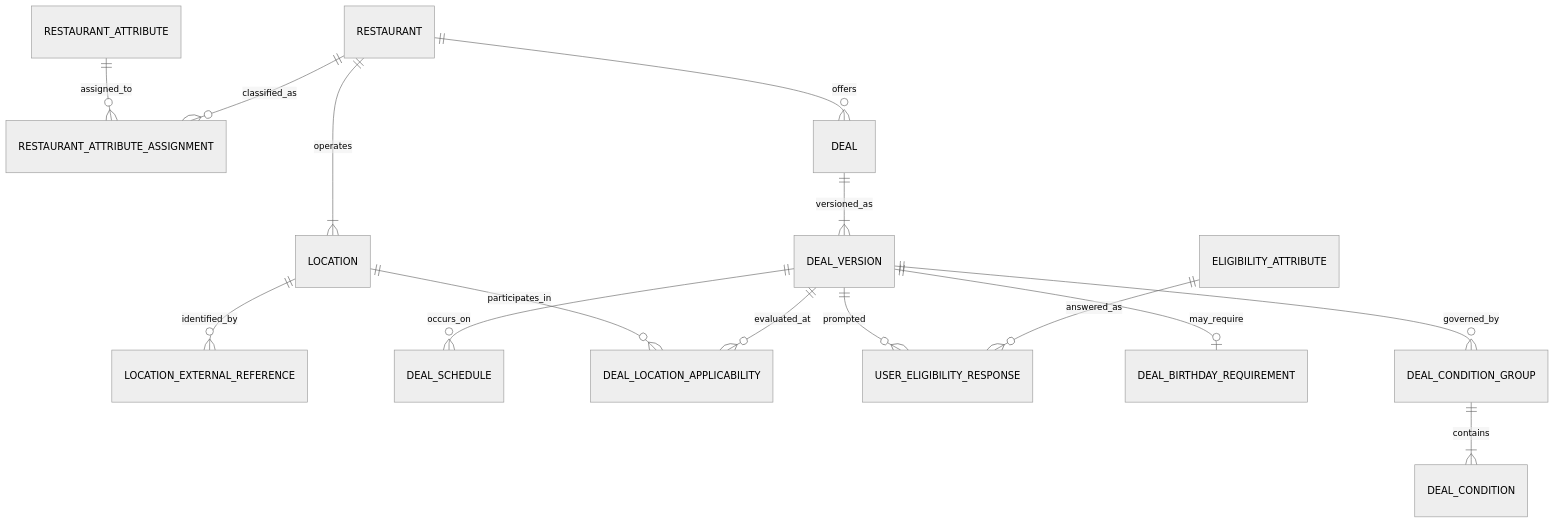
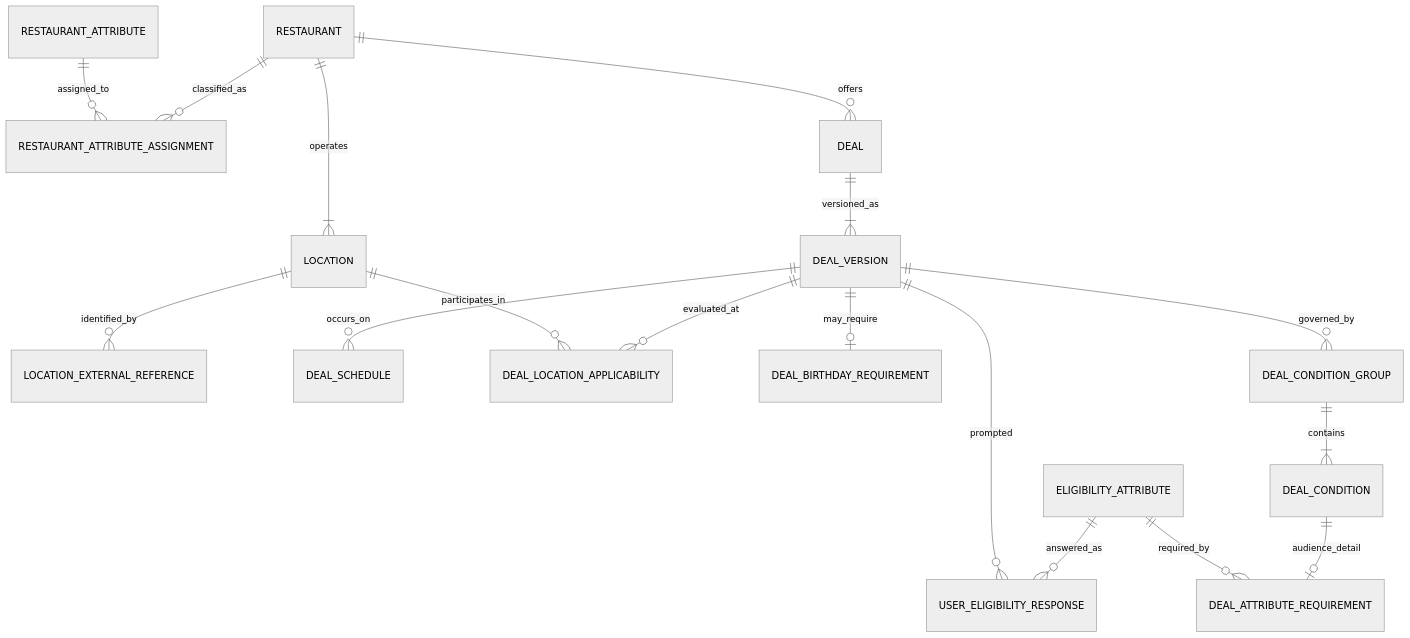
Before and after one commit to arivera1128/WhereWeGoing: the diagram in docs/docs/RELATIONAL_MODEL.md, drawn with Mermaid (neutral theme). The commit also changed other lines of this file and 3 other files, not shown here.

Commit message:
Model audience eligibility requirements

````diff
--- a/docs/docs/RELATIONAL_MODEL.md
+++ b/docs/docs/RELATIONAL_MODEL.md
@@ -279,17 +289,19 @@
 ```mermaid
 erDiagram
   RESTAURANT ||--|{ LOCATION : operates
   LOCATION ||--o{ LOCATION_EXTERNAL_REFERENCE : identified_by
   RESTAURANT ||--o{ RESTAURANT_ATTRIBUTE_ASSIGNMENT : classified_as
   RESTAURANT_ATTRIBUTE ||--o{ RESTAURANT_ATTRIBUTE_ASSIGNMENT : assigned_to
   RESTAURANT ||--o{ DEAL : offers
   DEAL ||--|{ DEAL_VERSION : versioned_as
   DEAL_VERSION ||--o{ DEAL_SCHEDULE : occurs_on
   DEAL_VERSION ||--o{ DEAL_LOCATION_APPLICABILITY : evaluated_at
   LOCATION ||--o{ DEAL_LOCATION_APPLICABILITY : participates_in
   ELIGIBILITY_ATTRIBUTE ||--o{ USER_ELIGIBILITY_RESPONSE : answered_as
   DEAL_VERSION ||--o{ USER_ELIGIBILITY_RESPONSE : prompted
   DEAL_VERSION ||--o| DEAL_BIRTHDAY_REQUIREMENT : may_require
   DEAL_VERSION ||--o{ DEAL_CONDITION_GROUP : governed_by
   DEAL_CONDITION_GROUP ||--|{ DEAL_CONDITION : contains
+  DEAL_CONDITION ||--o| DEAL_ATTRIBUTE_REQUIREMENT : audience_detail
+  ELIGIBILITY_ATTRIBUTE ||--o{ DEAL_ATTRIBUTE_REQUIREMENT : required_by
 ```
````
